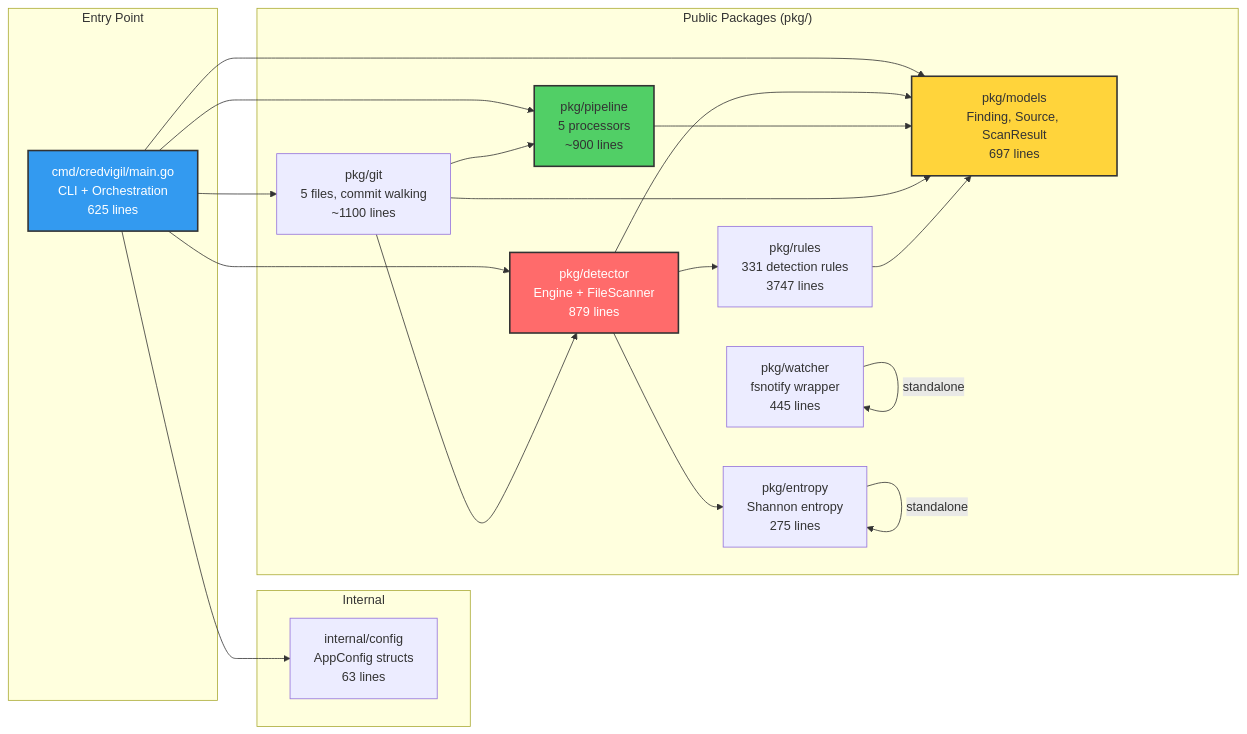
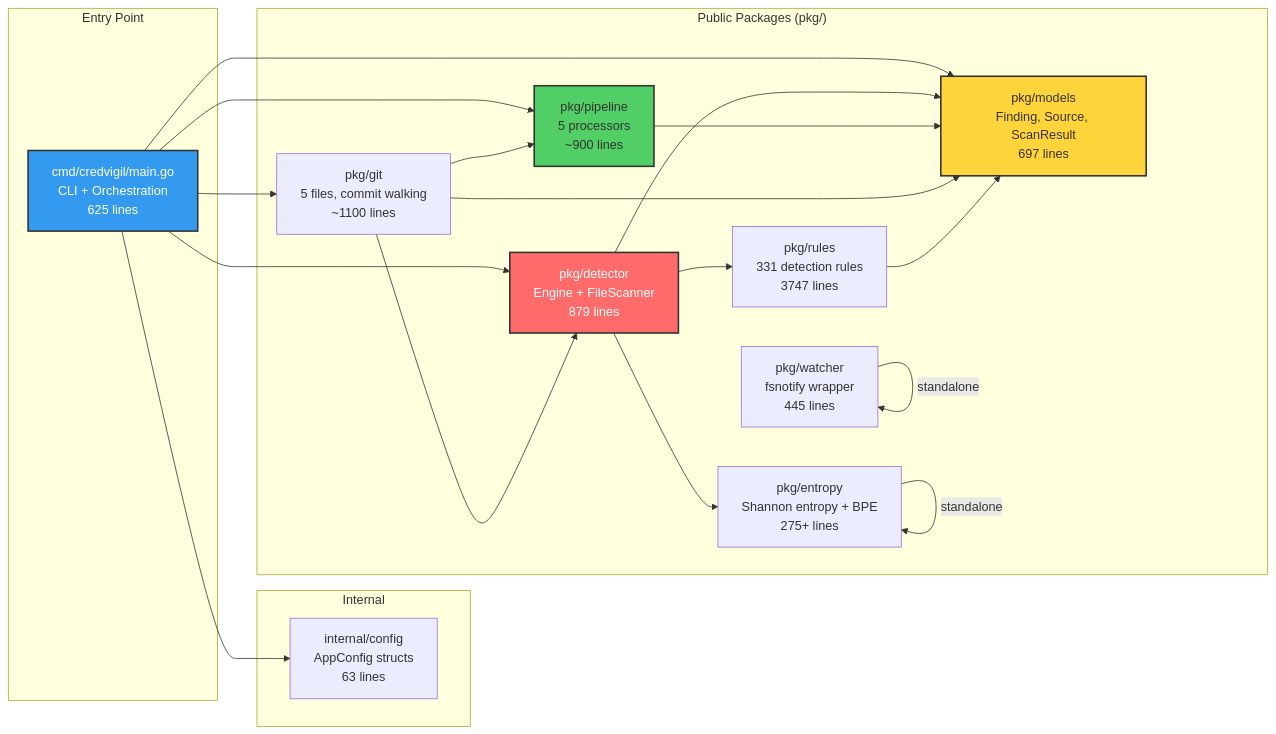
One commit to svemulapati/CredVigil changed the second of 60 diagrams in docs/training/00-System-Design.md. Above: the diagram before and after it, drawn with Mermaid. The commit also changed other lines of this file and 8 other files, not shown here.

````diff
--- a/docs/training/00-System-Design.md
+++ b/docs/training/00-System-Design.md
@@ -141,46 +141,46 @@
 ```mermaid
 graph LR
     subgraph "Entry Point"
         CMD["cmd/credvigil/main.go<br/>CLI + Orchestration<br/>625 lines"]
     end
 
     subgraph "Internal"
         CFG["internal/config<br/>AppConfig structs<br/>63 lines"]
     end
 
     subgraph "Public Packages (pkg/)"
         MODELS["pkg/models<br/>Finding, Source, ScanResult<br/>697 lines"]
         RULES["pkg/rules<br/>331 detection rules<br/>3747 lines"]
-        ENTROPY["pkg/entropy<br/>Shannon entropy<br/>275 lines"]
+        ENTROPY["pkg/entropy<br/>Shannon entropy + BPE<br/>275+ lines"]
         DETECTOR["pkg/detector<br/>Engine + FileScanner<br/>879 lines"]
         PIPELINE["pkg/pipeline<br/>5 processors<br/>~900 lines"]
         GITPKG["pkg/git<br/>5 files, commit walking<br/>~1100 lines"]
         WATCHER["pkg/watcher<br/>fsnotify wrapper<br/>445 lines"]
     end
 
     CMD --> CFG
     CMD --> MODELS
     CMD --> DETECTOR
     CMD --> PIPELINE
     CMD --> GITPKG
 
     DETECTOR --> MODELS
     DETECTOR --> RULES
     DETECTOR --> ENTROPY
 
     PIPELINE --> MODELS
 
     GITPKG --> MODELS
     GITPKG --> DETECTOR
     GITPKG --> PIPELINE
 
     WATCHER --> |standalone| WATCHER
 
     RULES --> MODELS
     ENTROPY --> |standalone| ENTROPY
 
     style CMD fill:#339af0,stroke:#333,stroke-width:2px,color:#fff
     style MODELS fill:#ffd43b,stroke:#333,stroke-width:2px
     style DETECTOR fill:#ff6b6b,stroke:#333,stroke-width:2px,color:#fff
     style PIPELINE fill:#51cf66,stroke:#333,stroke-width:2px
 ```
````
